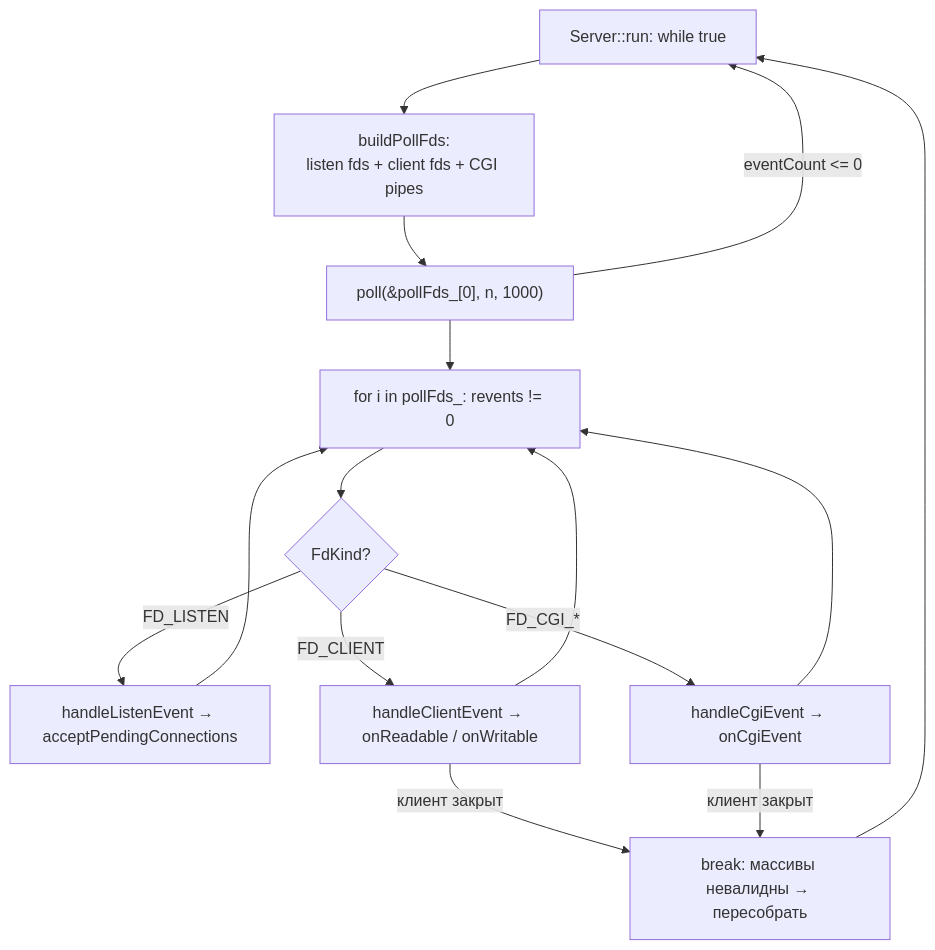
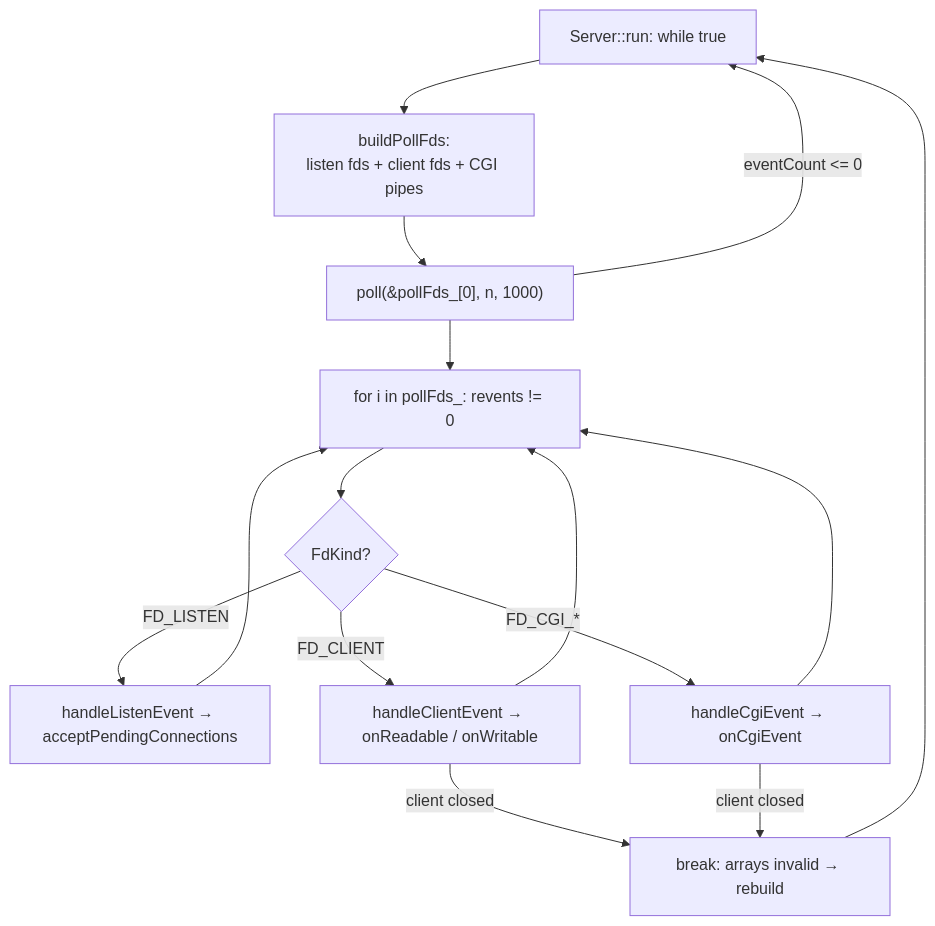
The diagram in docs/05-server-eventloop.md (Knowledge82/webserv), drawn with Mermaid before and after one commit. The commit also changed other lines of this file, not shown here.

````diff
--- a/docs/05-server-eventloop.md
+++ b/docs/05-server-eventloop.md
@@ -26,17 +26,17 @@
 ```mermaid
 flowchart TD
     R[Server::run: while true] --> BP[buildPollFds:<br/>listen fds + client fds + CGI pipes]
     BP --> P["poll(&pollFds_[0], n, 1000)"]
     P -->|eventCount <= 0| R
     P --> LOOP[for i in pollFds_: revents != 0]
     LOOP --> K{FdKind?}
     K -->|FD_LISTEN| HL[handleListenEvent → acceptPendingConnections]
     K -->|FD_CLIENT| HC[handleClientEvent → onReadable / onWritable]
     K -->|FD_CGI_*| HG[handleCgiEvent → onCgiEvent]
-    HC -->|клиент закрыт| BRK[break: массивы невалидны → пересобрать]
-    HG -->|клиент закрыт| BRK
+    HC -->|client closed| BRK[break: arrays invalid → rebuild]
+    HG -->|client closed| BRK
     HL --> LOOP
     HC --> LOOP
     HG --> LOOP
     BRK --> R
 ```
````
